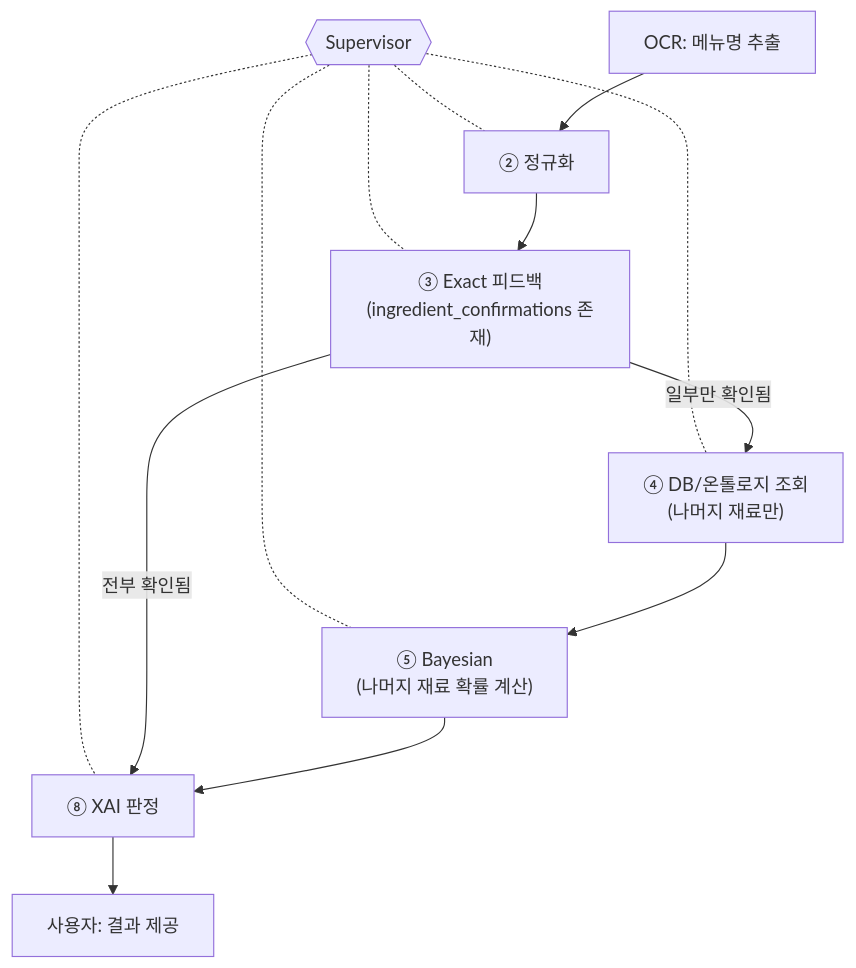
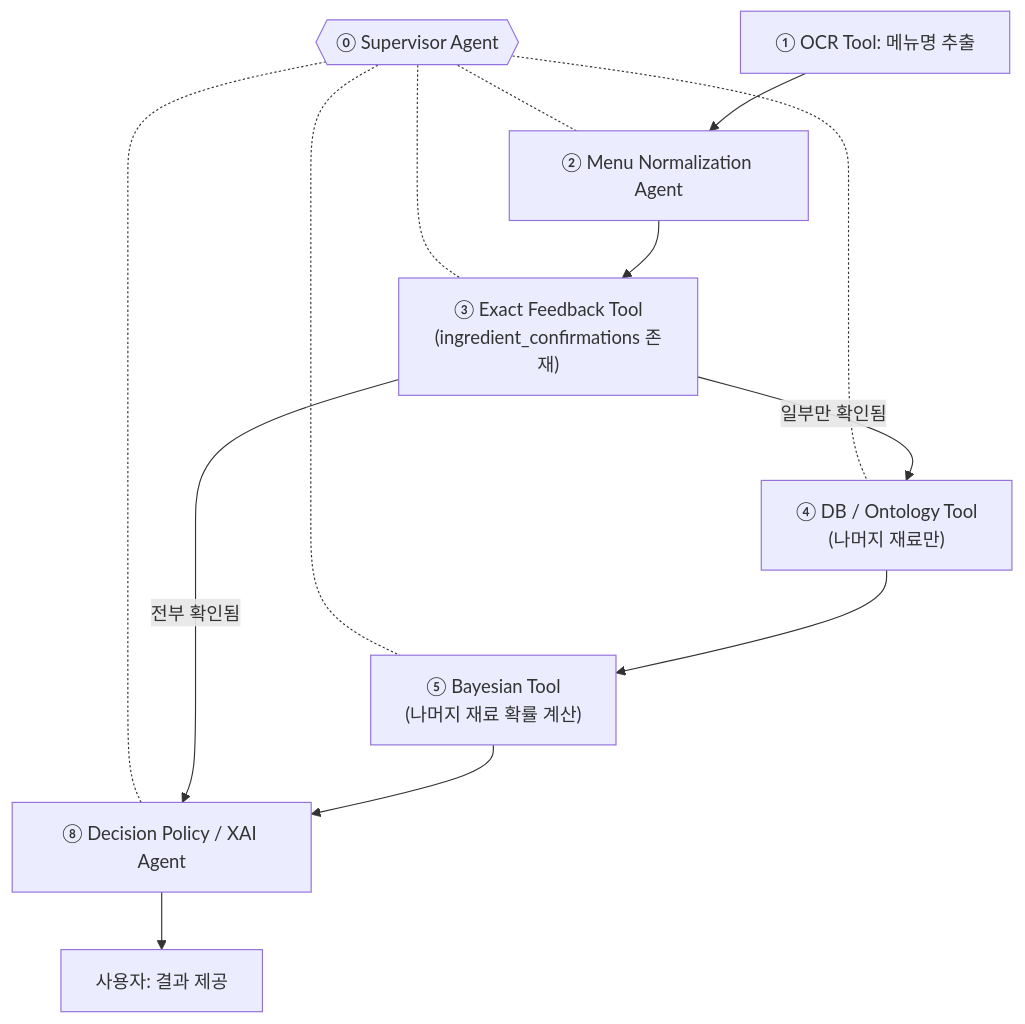
Before and after one commit to Han-Spoon/ai: the third of 7 diagrams in docs/catoin-multi-agent-architecture.md, drawn with Mermaid. The commit also changed other lines of this file and 13 other files, not shown here.

First line of the commit message:
docs: Agent·Tool 번호와 명칭을 PPT 기준으로 통일

````diff
--- a/docs/catoin-multi-agent-architecture.md
+++ b/docs/catoin-multi-agent-architecture.md
@@ -68,17 +69,17 @@
 ```mermaid
 flowchart TB
-    SUP{{Supervisor}}
+    SUP{{⓪ Supervisor Agent}}
     SUP -.- B
     SUP -.- C
     SUP -.- D
     SUP -.- E
     SUP -.- F
 
-    A[OCR: 메뉴명 추출] --> B[② 정규화]
-    B --> C["③ Exact 피드백\n(ingredient_confirmations 존재)"]
-    C -->|전부 확인됨| F[⑧ XAI 판정]
-    C -->|일부만 확인됨| D["④ DB/온톨로지 조회\n(나머지 재료만)"]
-    D --> E["⑤ Bayesian\n(나머지 재료 확률 계산)"]
+    A[① OCR Tool: 메뉴명 추출] --> B[② Menu Normalization Agent]
+    B --> C["③ Exact Feedback Tool\n(ingredient_confirmations 존재)"]
+    C -->|전부 확인됨| F[⑧ Decision Policy / XAI Agent]
+    C -->|일부만 확인됨| D["④ DB / Ontology Tool\n(나머지 재료만)"]
+    D --> E["⑤ Bayesian Tool\n(나머지 재료 확률 계산)"]
     E --> F
     F --> G[사용자: 결과 제공]
 ```
````
